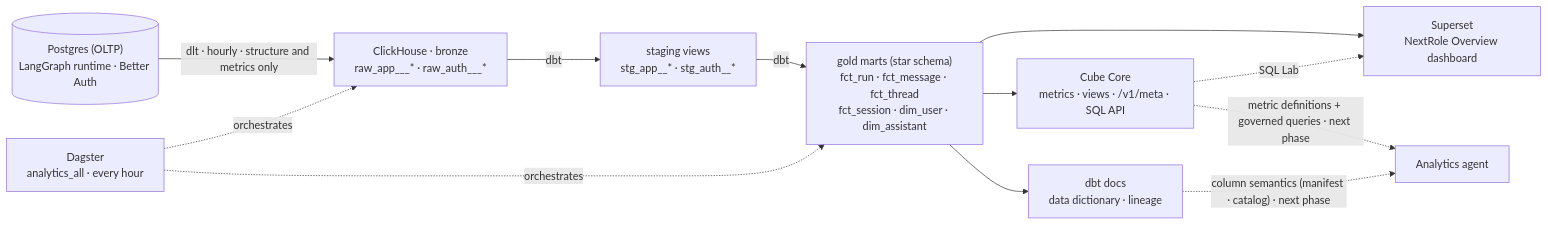
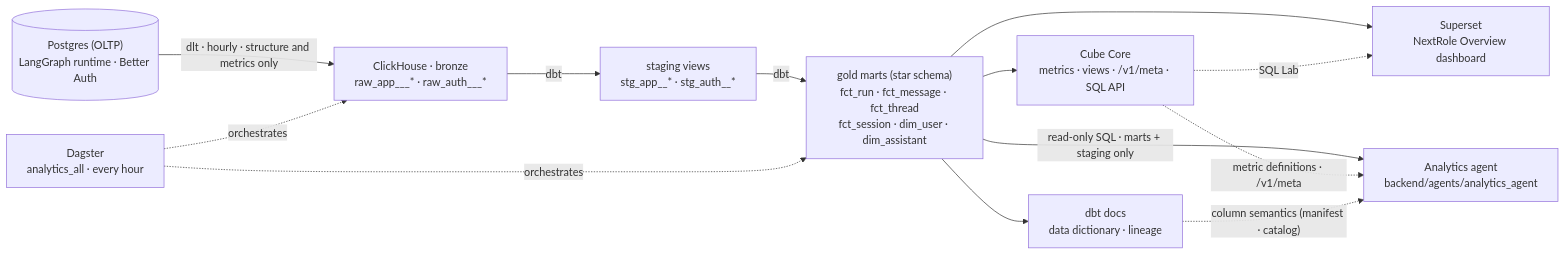
The diagram in analytics/README.md (tam159/next-role), drawn with Mermaid before and after one commit. The commit also changed other lines of this file and 99 other files, not shown here.

First line of the commit message:
feat: analytics agent — natural-language questions over the warehouse (#83)

````diff
--- a/analytics/README.md
+++ b/analytics/README.md
@@ -22,15 +22,16 @@
 ```mermaid
 flowchart LR
   PG[("Postgres (OLTP)<br/>LangGraph runtime · Better Auth")]
   PG -- "dlt · hourly · structure and metrics only" --> BR["ClickHouse · bronze<br/>raw_app___* · raw_auth___*"]
   BR -- dbt --> ST["staging views<br/>stg_app__* · stg_auth__*"]
   ST -- dbt --> GM["gold marts (star schema)<br/>fct_run · fct_message · fct_thread<br/>fct_session · dim_user · dim_assistant"]
   GM --> CUBE["Cube Core<br/>metrics · views · /v1/meta · SQL API"]
   GM --> SS["Superset<br/>NextRole Overview dashboard"]
   GM --> DOCS["dbt docs<br/>data dictionary · lineage"]
   CUBE -. "SQL Lab" .-> SS
-  CUBE -. "metric definitions + governed queries · next phase" .-> AGENT["Analytics agent"]
-  DOCS -. "column semantics (manifest · catalog) · next phase" .-> AGENT
+  GM -- "read-only SQL · marts + staging only" --> AGENT["Analytics agent<br/>backend/agents/analytics_agent"]
+  CUBE -. "metric definitions · /v1/meta" .-> AGENT
+  DOCS -. "column semantics (manifest · catalog)" .-> AGENT
   DAG["Dagster<br/>analytics_all · every hour"] -. orchestrates .-> BR
   DAG -. orchestrates .-> GM
 ```
````
